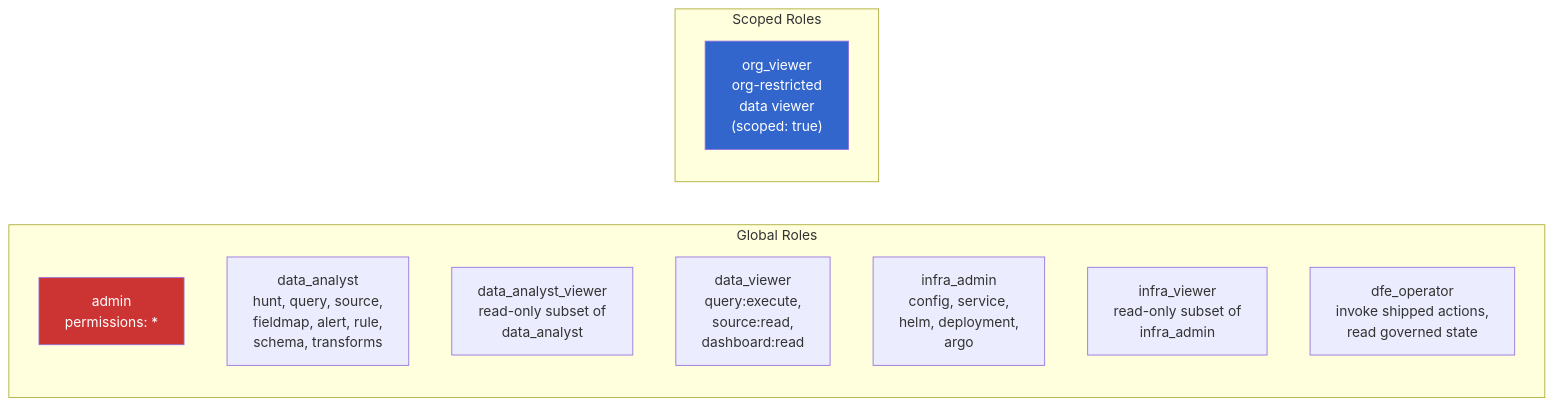
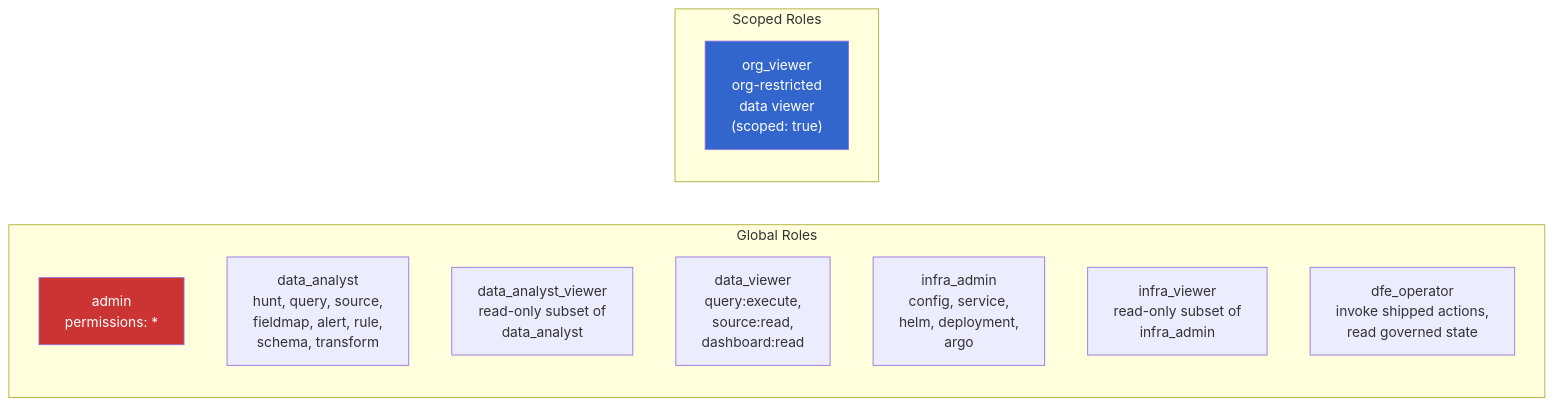
One commit to hyperi-io/dfe-engine changed the fourth of 10 diagrams in docs/control-plane/rbac.md. Above: the diagram before and after it, drawn with Mermaid. The commit also changed other lines of this file and 12 other files, not shown here.

````diff
--- a/docs/control-plane/rbac.md
+++ b/docs/control-plane/rbac.md
@@ -271,19 +273,19 @@
 ```mermaid
 graph LR
     subgraph "Global Roles"
         ADMIN["admin<br/>permissions: *"]
-        DA["data_analyst<br/>hunt, query, source,<br/>fieldmap, alert, rule,<br/>schema, transforms"]
+        DA["data_analyst<br/>hunt, query, source,<br/>fieldmap, alert, rule,<br/>schema, transform"]
         DAV["data_analyst_viewer<br/>read-only subset of<br/>data_analyst"]
         DV["data_viewer<br/>query:execute,<br/>source:read,<br/>dashboard:read"]
         IA["infra_admin<br/>config, service,<br/>helm, deployment,<br/>argo"]
         IV["infra_viewer<br/>read-only subset of<br/>infra_admin"]
         OP["dfe_operator<br/>invoke shipped actions,<br/>read governed state"]
     end
 
     subgraph "Scoped Roles"
         CV["org_viewer<br/>org-restricted<br/>data viewer<br/>(scoped: true)"]
     end
 
     style ADMIN fill:#c33,color:#fff
     style CV fill:#36c,color:#fff
 ```
````
